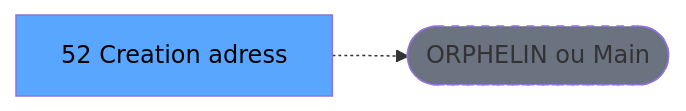
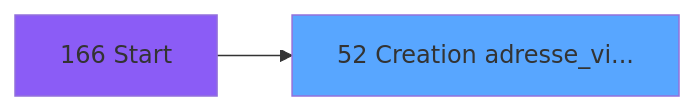
Before and after one commit to thonyAGP/magic-migration: the second of 3 diagrams in .openspec/specs/ADH-IDE-52.md, drawn with Mermaid. The commit also changed other lines of this file and 493 other files, not shown here.

````diff
--- a/.openspec/specs/ADH-IDE-52.md
+++ b/.openspec/specs/ADH-IDE-52.md
@@ -123,8 +179,8 @@
 ```mermaid
 graph LR
-    T[52 Creation adress]
-    ORPHAN([ORPHELIN ou Main])
-    T -.-> ORPHAN
-    style T fill:#58a6ff,color:#000
-    style ORPHAN fill:#6b7280,stroke-dasharray: 5 5
+    T52[52 Creation adresse_vi...]
+    style T52 fill:#58a6ff
+    CC166[166 Start]
+    style CC166 fill:#8b5cf6
+    CC166 --> T52
 ```
````
